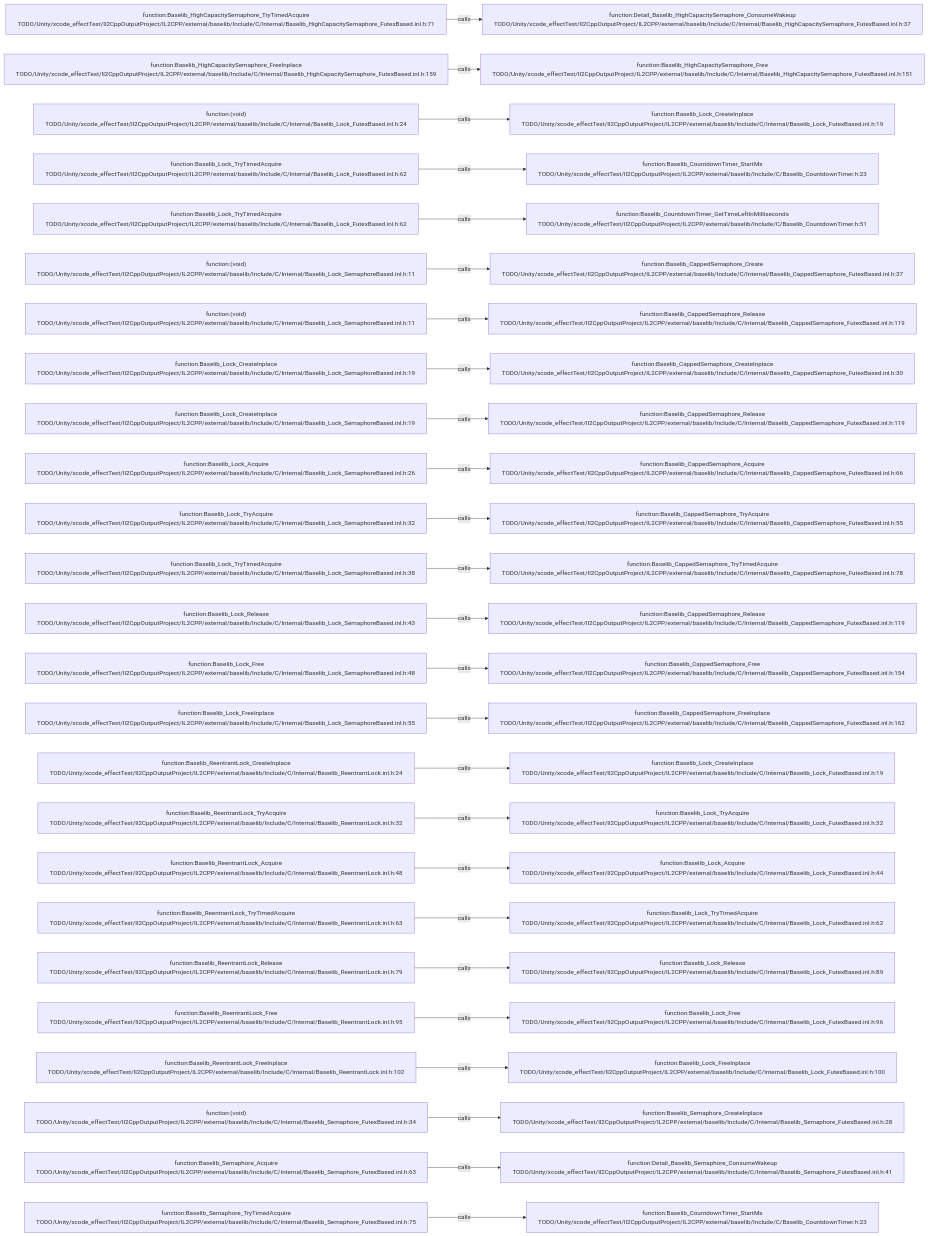
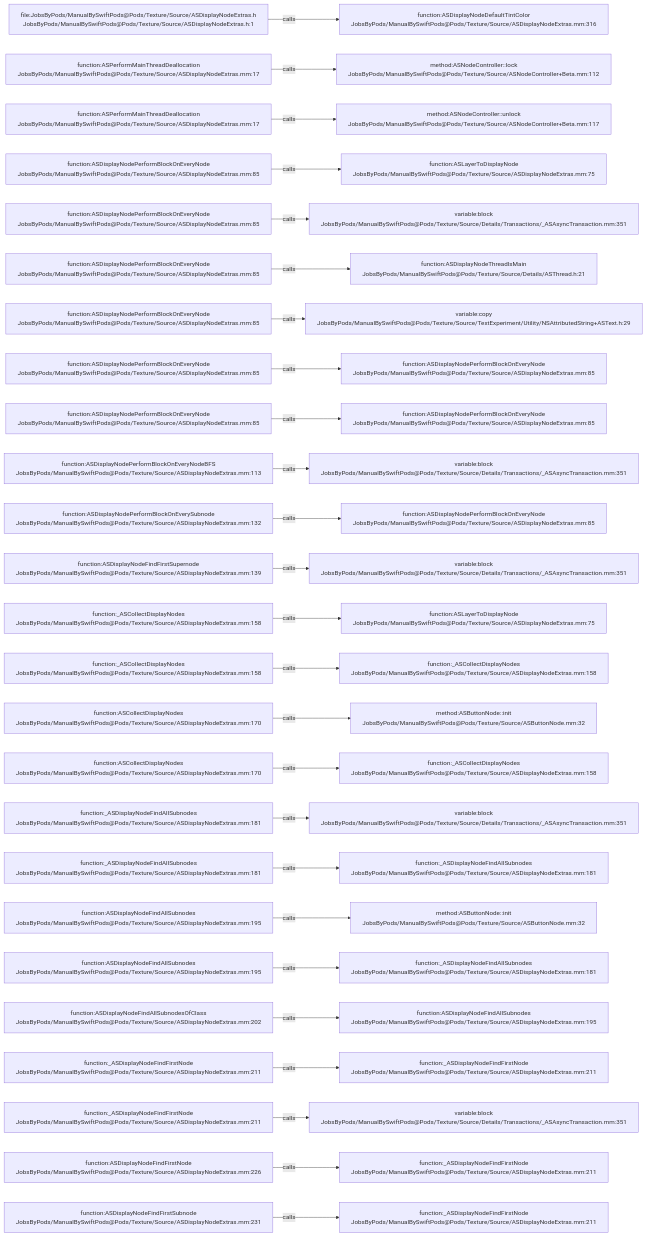
Before and after one commit to JobsKits/JobsSwiftBaseConfigDemo: the diagram in .codegraph/codegraph.md/graphs/calls-057.md, drawn with Mermaid. The commit also changed 2959 other files, not shown here.

````diff
--- a/.codegraph/codegraph.md/graphs/calls-057.md
+++ b/.codegraph/codegraph.md/graphs/calls-057.md
@@ -13,78 +13,78 @@
 ```mermaid
 flowchart LR
-  S1["function:Baselib_HighCapacitySemaphore_TryTimedAcquire<br/>TODO/Unity/xcode_effectTest/Il2CppOutputProject/IL2CPP/external/baselib/Include/C/Internal/Baselib_HighCapacitySemaphore_FutexBased.inl.h:71"]
-  T1["function:Detail_Baselib_HighCapacitySemaphore_ConsumeWakeup<br/>TODO/Unity/xcode_effectTest/Il2CppOutputProject/IL2CPP/external/baselib/Include/C/Internal/Baselib_HighCapacitySemaphore_FutexBased.inl.h:37"]
+  S1["file:JobsByPods/ManualBySwiftPods@Pods/Texture/Source/ASDisplayNodeExtras.h<br/>JobsByPods/ManualBySwiftPods@Pods/Texture/Source/ASDisplayNodeExtras.h:1"]
+  T1["function:ASDisplayNodeDefaultTintColor<br/>JobsByPods/ManualBySwiftPods@Pods/Texture/Source/ASDisplayNodeExtras.mm:316"]
   S1 -->|calls| T1
-  S2["function:Baselib_HighCapacitySemaphore_FreeInplace<br/>TODO/Unity/xcode_effectTest/Il2CppOutputProject/IL2CPP/external/baselib/Include/C/Internal/Baselib_HighCapacitySemaphore_FutexBased.inl.h:159"]
-  T2["function:Baselib_HighCapacitySemaphore_Free<br/>TODO/Unity/xcode_effectTest/Il2CppOutputProject/IL2CPP/external/baselib/Include/C/Internal/Baselib_HighCapacitySemaphore_FutexBased.inl.h:151"]
+  S2["function:ASPerformMainThreadDeallocation<br/>JobsByPods/ManualBySwiftPods@Pods/Texture/Source/ASDisplayNodeExtras.mm:17"]
+  T2["method:ASNodeController::lock<br/>JobsByPods/ManualBySwiftPods@Pods/Texture/Source/ASNodeController+Beta.mm:112"]
   S2 -->|calls| T2
-  S3["function:(void)<br/>TODO/Unity/xcode_effectTest/Il2CppOutputProject/IL2CPP/external/baselib/Include/C/Internal/Baselib_Lock_FutexBased.inl.h:24"]
-  T3["function:Baselib_Lock_CreateInplace<br/>TODO/Unity/xcode_effectTest/Il2CppOutputProject/IL2CPP/external/baselib/Include/C/Internal/Baselib_Lock_FutexBased.inl.h:19"]
+  S3["function:ASPerformMainThreadDeallocation<br/>JobsByPods/ManualBySwiftPods@Pods/Texture/Source/ASDisplayNodeExtras.mm:17"]
+  T3["method:ASNodeController::unlock<br/>JobsByPods/ManualBySwiftPods@Pods/Texture/Source/ASNodeController+Beta.mm:117"]
   S3 -->|calls| T3
-  S4["function:Baselib_Lock_TryTimedAcquire<br/>TODO/Unity/xcode_effectTest/Il2CppOutputProject/IL2CPP/external/baselib/Include/C/Internal/Baselib_Lock_FutexBased.inl.h:62"]
-  T4["function:Baselib_CountdownTimer_StartMs<br/>TODO/Unity/xcode_effectTest/Il2CppOutputProject/IL2CPP/external/baselib/Include/C/Baselib_CountdownTimer.h:23"]
+  S4["function:ASDisplayNodePerformBlockOnEveryNode<br/>JobsByPods/ManualBySwiftPods@Pods/Texture/Source/ASDisplayNodeExtras.mm:85"]
+  T4["function:ASLayerToDisplayNode<br/>JobsByPods/ManualBySwiftPods@Pods/Texture/Source/ASDisplayNodeExtras.mm:75"]
   S4 -->|calls| T4
-  S5["function:Baselib_Lock_TryTimedAcquire<br/>TODO/Unity/xcode_effectTest/Il2CppOutputProject/IL2CPP/external/baselib/Include/C/Internal/Baselib_Lock_FutexBased.inl.h:62"]
-  T5["function:Baselib_CountdownTimer_GetTimeLeftInMilliseconds<br/>TODO/Unity/xcode_effectTest/Il2CppOutputProject/IL2CPP/external/baselib/Include/C/Baselib_CountdownTimer.h:51"]
+  S5["function:ASDisplayNodePerformBlockOnEveryNode<br/>JobsByPods/ManualBySwiftPods@Pods/Texture/Source/ASDisplayNodeExtras.mm:85"]
+  T5["variable:block<br/>JobsByPods/ManualBySwiftPods@Pods/Texture/Source/Details/Transactions/_ASAsyncTransaction.mm:351"]
   S5 -->|calls| T5
-  S6["function:(void)<br/>TODO/Unity/xcode_effectTest/Il2CppOutputProject/IL2CPP/external/baselib/Include/C/Internal/Baselib_Lock_SemaphoreBased.inl.h:11"]
-  T6["function:Baselib_CappedSemaphore_Create<br/>TODO/Unity/xcode_effectTest/Il2CppOutputProject/IL2CPP/external/baselib/Include/C/Internal/Baselib_CappedSemaphore_FutexBased.inl.h:37"]
+  S6["function:ASDisplayNodePerformBlockOnEveryNode<br/>JobsByPods/ManualBySwiftPods@Pods/Texture/Source/ASDisplayNodeExtras.mm:85"]
+  T6["function:ASDisplayNodeThreadIsMain<br/>JobsByPods/ManualBySwiftPods@Pods/Texture/Source/Details/ASThread.h:21"]
   S6 -->|calls| T6
-  S7["function:(void)<br/>TODO/Unity/xcode_effectTest/Il2CppOutputProject/IL2CPP/external/baselib/Include/C/Internal/Baselib_Lock_SemaphoreBased.inl.h:11"]
-  T7["function:Baselib_CappedSemaphore_Release<br/>TODO/Unity/xcode_effectTest/Il2CppOutputProject/IL2CPP/external/baselib/Include/C/Internal/Baselib_CappedSemaphore_FutexBased.inl.h:119"]
+  S7["function:ASDisplayNodePerformBlockOnEveryNode<br/>JobsByPods/ManualBySwiftPods@Pods/Texture/Source/ASDisplayNodeExtras.mm:85"]
+  T7["variable:copy<br/>JobsByPods/ManualBySwiftPods@Pods/Texture/Source/TextExperiment/Utility/NSAttributedString+ASText.h:29"]
   S7 -->|calls| T7
-  S8["function:Baselib_Lock_CreateInplace<br/>TODO/Unity/xcode_effectTest/Il2CppOutputProject/IL2CPP/external/baselib/Include/C/Internal/Baselib_Lock_SemaphoreBased.inl.h:19"]
-  T8["function:Baselib_CappedSemaphore_CreateInplace<br/>TODO/Unity/xcode_effectTest/Il2CppOutputProject/IL2CPP/external/baselib/Include/C/Internal/Baselib_CappedSemaphore_FutexBased.inl.h:30"]
+  S8["function:ASDisplayNodePerformBlockOnEveryNode<br/>JobsByPods/ManualBySwiftPods@Pods/Texture/Source/ASDisplayNodeExtras.mm:85"]
+  T8["function:ASDisplayNodePerformBlockOnEveryNode<br/>JobsByPods/ManualBySwiftPods@Pods/Texture/Source/ASDisplayNodeExtras.mm:85"]
   S8 -->|calls| T8
-  S9["function:Baselib_Lock_CreateInplace<br/>TODO/Unity/xcode_effectTest/Il2CppOutputProject/IL2CPP/external/baselib/Include/C/Internal/Baselib_Lock_SemaphoreBased.inl.h:19"]
-  T9["function:Baselib_CappedSemaphore_Release<br/>TODO/Unity/xcode_effectTest/Il2CppOutputProject/IL2CPP/external/baselib/Include/C/Internal/Baselib_CappedSemaphore_FutexBased.inl.h:119"]
+  S9["function:ASDisplayNodePerformBlockOnEveryNode<br/>JobsByPods/ManualBySwiftPods@Pods/Texture/Source/ASDisplayNodeExtras.mm:85"]
+  T9["function:ASDisplayNodePerformBlockOnEveryNode<br/>JobsByPods/ManualBySwiftPods@Pods/Texture/Source/ASDisplayNodeExtras.mm:85"]
   S9 -->|calls| T9
-  S10["function:Baselib_Lock_Acquire<br/>TODO/Unity/xcode_effectTest/Il2CppOutputProject/IL2CPP/external/baselib/Include/C/Internal/Baselib_Lock_SemaphoreBased.inl.h:26"]
-  T10["function:Baselib_CappedSemaphore_Acquire<br/>TODO/Unity/xcode_effectTest/Il2CppOutputProject/IL2CPP/external/baselib/Include/C/Internal/Baselib_CappedSemaphore_FutexBased.inl.h:66"]
+  S10["function:ASDisplayNodePerformBlockOnEveryNodeBFS<br/>JobsByPods/ManualBySwiftPods@Pods/Texture/Source/ASDisplayNodeExtras.mm:113"]
+  T10["variable:block<br/>JobsByPods/ManualBySwiftPods@Pods/Texture/Source/Details/Transactions/_ASAsyncTransaction.mm:351"]
   S10 -->|calls| T10
-  S11["function:Baselib_Lock_TryAcquire<br/>TODO/Unity/xcode_effectTest/Il2CppOutputProject/IL2CPP/external/baselib/Include/C/Internal/Baselib_Lock_SemaphoreBased.inl.h:32"]
-  T11["function:Baselib_CappedSemaphore_TryAcquire<br/>TODO/Unity/xcode_effectTest/Il2CppOutputProject/IL2CPP/external/baselib/Include/C/Internal/Baselib_CappedSemaphore_FutexBased.inl.h:55"]
+  S11["function:ASDisplayNodePerformBlockOnEverySubnode<br/>JobsByPods/ManualBySwiftPods@Pods/Texture/Source/ASDisplayNodeExtras.mm:132"]
+  T11["function:ASDisplayNodePerformBlockOnEveryNode<br/>JobsByPods/ManualBySwiftPods@Pods/Texture/Source/ASDisplayNodeExtras.mm:85"]
   S11 -->|calls| T11
-  S12["function:Baselib_Lock_TryTimedAcquire<br/>TODO/Unity/xcode_effectTest/Il2CppOutputProject/IL2CPP/external/baselib/Include/C/Internal/Baselib_Lock_SemaphoreBased.inl.h:38"]
-  T12["function:Baselib_CappedSemaphore_TryTimedAcquire<br/>TODO/Unity/xcode_effectTest/Il2CppOutputProject/IL2CPP/external/baselib/Include/C/Internal/Baselib_CappedSemaphore_FutexBased.inl.h:78"]
+  S12["function:ASDisplayNodeFindFirstSupernode<br/>JobsByPods/ManualBySwiftPods@Pods/Texture/Source/ASDisplayNodeExtras.mm:139"]
+  T12["variable:block<br/>JobsByPods/ManualBySwiftPods@Pods/Texture/Source/Details/Transactions/_ASAsyncTransaction.mm:351"]
   S12 -->|calls| T12
-  S13["function:Baselib_Lock_Release<br/>TODO/Unity/xcode_effectTest/Il2CppOutputProject/IL2CPP/external/baselib/Include/C/Internal/Baselib_Lock_SemaphoreBased.inl.h:43"]
-  T13["function:Baselib_CappedSemaphore_Release<br/>TODO/Unity/xcode_effectTest/Il2CppOutputProject/IL2CPP/external/baselib/Include/C/Internal/Baselib_CappedSemaphore_FutexBased.inl.h:119"]
+  S13["function:_ASCollectDisplayNodes<br/>JobsByPods/ManualBySwiftPods@Pods/Texture/Source/ASDisplayNodeExtras.mm:158"]
+  T13["function:ASLayerToDisplayNode<br/>JobsByPods/ManualBySwiftPods@Pods/Texture/Source/ASDisplayNodeExtras.mm:75"]
   S13 -->|calls| T13
-  S14["function:Baselib_Lock_Free<br/>TODO/Unity/xcode_effectTest/Il2CppOutputProject/IL2CPP/external/baselib/Include/C/Internal/Baselib_Lock_SemaphoreBased.inl.h:48"]
-  T14["function:Baselib_CappedSemaphore_Free<br/>TODO/Unity/xcode_effectTest/Il2CppOutputProject/IL2CPP/external/baselib/Include/C/Internal/Baselib_CappedSemaphore_FutexBased.inl.h:154"]
+  S14["function:_ASCollectDisplayNodes<br/>JobsByPods/ManualBySwiftPods@Pods/Texture/Source/ASDisplayNodeExtras.mm:158"]
+  T14["function:_ASCollectDisplayNodes<br/>JobsByPods/ManualBySwiftPods@Pods/Texture/Source/ASDisplayNodeExtras.mm:158"]
   S14 -->|calls| T14
-  S15["function:Baselib_Lock_FreeInplace<br/>TODO/Unity/xcode_effectTest/Il2CppOutputProject/IL2CPP/external/baselib/Include/C/Internal/Baselib_Lock_SemaphoreBased.inl.h:55"]
-  T15["function:Baselib_CappedSemaphore_FreeInplace<br/>TODO/Unity/xcode_effectTest/Il2CppOutputProject/IL2CPP/external/baselib/Include/C/Internal/Baselib_CappedSemaphore_FutexBased.inl.h:162"]
+  S15["function:ASCollectDisplayNodes<br/>JobsByPods/ManualBySwiftPods@Pods/Texture/Source/ASDisplayNodeExtras.mm:170"]
+  T15["method:ASButtonNode::init<br/>JobsByPods/ManualBySwiftPods@Pods/Texture/Source/ASButtonNode.mm:32"]
   S15 -->|calls| T15
-  S16["function:Baselib_ReentrantLock_CreateInplace<br/>TODO/Unity/xcode_effectTest/Il2CppOutputProject/IL2CPP/external/baselib/Include/C/Internal/Baselib_ReentrantLock.inl.h:24"]
-  T16["function:Baselib_Lock_CreateInplace<br/>TODO/Unity/xcode_effectTest/Il2CppOutputProject/IL2CPP/external/baselib/Include/C/Internal/Baselib_Lock_FutexBased.inl.h:19"]
+  S16["function:ASCollectDisplayNodes<br/>JobsByPods/ManualBySwiftPods@Pods/Texture/Source/ASDisplayNodeExtras.mm:170"]
+  T16["function:_ASCollectDisplayNodes<br/>JobsByPods/ManualBySwiftPods@Pods/Texture/Source/ASDisplayNodeExtras.mm:158"]
   S16 -->|calls| T16
-  S17["function:Baselib_ReentrantLock_TryAcquire<br/>TODO/Unity/xcode_effectTest/Il2CppOutputProject/IL2CPP/external/baselib/Include/C/Internal/Baselib_ReentrantLock.inl.h:32"]
-  T17["function:Baselib_Lock_TryAcquire<br/>TODO/Unity/xcode_effectTest/Il2CppOutputProject/IL2CPP/external/baselib/Include/C/Internal/Baselib_Lock_FutexBased.inl.h:32"]
+  S17["function:_ASDisplayNodeFindAllSubnodes<br/>JobsByPods/ManualBySwiftPods@Pods/Texture/Source/ASDisplayNodeExtras.mm:181"]
+  T17["variable:block<br/>JobsByPods/ManualBySwiftPods@Pods/Texture/Source/Details/Transactions/_ASAsyncTransaction.mm:351"]
   S17 -->|calls| T17
-  S18["function:Baselib_ReentrantLock_Acquire<br/>TODO/Unity/xcode_effectTest/Il2CppOutputProject/IL2CPP/external/baselib/Include/C/Internal/Baselib_ReentrantLock.inl.h:48"]
-  T18["function:Baselib_Lock_Acquire<br/>TODO/Unity/xcode_effectTest/Il2CppOutputProject/IL2CPP/external/baselib/Include/C/Internal/Baselib_Lock_FutexBased.inl.h:44"]
+  S18["function:_ASDisplayNodeFindAllSubnodes<br/>JobsByPods/ManualBySwiftPods@Pods/Texture/Source/ASDisplayNodeExtras.mm:181"]
+  T18["function:_ASDisplayNodeFindAllSubnodes<br/>JobsByPods/ManualBySwiftPods@Pods/Texture/Source/ASDisplayNodeExtras.mm:181"]
   S18 -->|calls| T18
-  S19["function:Baselib_ReentrantLock_TryTimedAcquire<br/>TODO/Unity/xcode_effectTest/Il2CppOutputProject/IL2CPP/external/baselib/Include/C/Internal/Baselib_ReentrantLock.inl.h:63"]
-  T19["function:Baselib_Lock_TryTimedAcquire<br/>TODO/Unity/xcode_effectTest/Il2CppOutputProject/IL2CPP/external/baselib/Include/C/Internal/Baselib_Lock_FutexBased.inl.h:62"]
+  S19["function:ASDisplayNodeFindAllSubnodes<br/>JobsByPods/ManualBySwiftPods@Pods/Texture/Source/ASDisplayNodeExtras.mm:195"]
+  T19["method:ASButtonNode::init<br/>JobsByPods/ManualBySwiftPods@Pods/Texture/Source/ASButtonNode.mm:32"]
   S19 -->|calls| T19
-  S20["function:Baselib_ReentrantLock_Release<br/>TODO/Unity/xcode_effectTest/Il2CppOutputProject/IL2CPP/external/baselib/Include/C/Internal/Baselib_ReentrantLock.inl.h:79"]
-  T20["function:Baselib_Lock_Release<br/>TODO/Unity/xcode_effectTest/Il2CppOutputProject/IL2CPP/external/baselib/Include/C/Internal/Baselib_Lock_FutexBased.inl.h:89"]
+  S20["function:ASDisplayNodeFindAllSubnodes<br/>JobsByPods/ManualBySwiftPods@Pods/Texture/Source/ASDisplayNodeExtras.mm:195"]
+  T20["function:_ASDisplayNodeFindAllSubnodes<br/>JobsByPods/ManualBySwiftPods@Pods/Texture/Source/ASDisplayNodeExtras.mm:181"]
   S20 -->|calls| T20
-  S21["function:Baselib_ReentrantLock_Free<br/>TODO/Unity/xcode_effectTest/Il2CppOutputProject/IL2CPP/external/baselib/Include/C/Internal/Baselib_ReentrantLock.inl.h:95"]
-  T21["function:Baselib_Lock_Free<br/>TODO/Unity/xcode_effectTest/Il2CppOutputProject/IL2CPP/external/baselib/Include/C/Internal/Baselib_Lock_FutexBased.inl.h:96"]
+  S21["function:ASDisplayNodeFindAllSubnodesOfClass<br/>JobsByPods/ManualBySwiftPods@Pods/Texture/Source/ASDisplayNodeExtras.mm:202"]
+  T21["function:ASDisplayNodeFindAllSubnodes<br/>JobsByPods/ManualBySwiftPods@Pods/Texture/Source/ASDisplayNodeExtras.mm:195"]
   S21 -->|calls| T21
-  S22["function:Baselib_ReentrantLock_FreeInplace<br/>TODO/Unity/xcode_effectTest/Il2CppOutputProject/IL2CPP/external/baselib/Include/C/Internal/Baselib_ReentrantLock.inl.h:102"]
-  T22["function:Baselib_Lock_FreeInplace<br/>TODO/Unity/xcode_effectTest/Il2CppOutputProject/IL2CPP/external/baselib/Include/C/Internal/Baselib_Lock_FutexBased.inl.h:100"]
+  S22["function:_ASDisplayNodeFindFirstNode<br/>JobsByPods/ManualBySwiftPods@Pods/Texture/Source/ASDisplayNodeExtras.mm:211"]
+  T22["function:_ASDisplayNodeFindFirstNode<br/>JobsByPods/ManualBySwiftPods@Pods/Texture/Source/ASDisplayNodeExtras.mm:211"]
   S22 -->|calls| T22
-  S23["function:(void)<br/>TODO/Unity/xcode_effectTest/Il2CppOutputProject/IL2CPP/external/baselib/Include/C/Internal/Baselib_Semaphore_FutexBased.inl.h:34"]
-  T23["function:Baselib_Semaphore_CreateInplace<br/>TODO/Unity/xcode_effectTest/Il2CppOutputProject/IL2CPP/external/baselib/Include/C/Internal/Baselib_Semaphore_FutexBased.inl.h:28"]
+  S23["function:_ASDisplayNodeFindFirstNode<br/>JobsByPods/ManualBySwiftPods@Pods/Texture/Source/ASDisplayNodeExtras.mm:211"]
+  T23["variable:block<br/>JobsByPods/ManualBySwiftPods@Pods/Texture/Source/Details/Transactions/_ASAsyncTransaction.mm:351"]
   S23 -->|calls| T23
-  S24["function:Baselib_Semaphore_Acquire<br/>TODO/Unity/xcode_effectTest/Il2CppOutputProject/IL2CPP/external/baselib/Include/C/Internal/Baselib_Semaphore_FutexBased.inl.h:63"]
-  T24["function:Detail_Baselib_Semaphore_ConsumeWakeup<br/>TODO/Unity/xcode_effectTest/Il2CppOutputProject/IL2CPP/external/baselib/Include/C/Internal/Baselib_Semaphore_FutexBased.inl.h:41"]
+  S24["function:ASDisplayNodeFindFirstNode<br/>JobsByPods/ManualBySwiftPods@Pods/Texture/Source/ASDisplayNodeExtras.mm:226"]
+  T24["function:_ASDisplayNodeFindFirstNode<br/>JobsByPods/ManualBySwiftPods@Pods/Texture/Source/ASDisplayNodeExtras.mm:211"]
   S24 -->|calls| T24
-  S25["function:Baselib_Semaphore_TryTimedAcquire<br/>TODO/Unity/xcode_effectTest/Il2CppOutputProject/IL2CPP/external/baselib/Include/C/Internal/Baselib_Semaphore_FutexBased.inl.h:75"]
-  T25["function:Baselib_CountdownTimer_StartMs<br/>TODO/Unity/xcode_effectTest/Il2CppOutputProject/IL2CPP/external/baselib/Include/C/Baselib_CountdownTimer.h:23"]
+  S25["function:ASDisplayNodeFindFirstSubnode<br/>JobsByPods/ManualBySwiftPods@Pods/Texture/Source/ASDisplayNodeExtras.mm:231"]
+  T25["function:_ASDisplayNodeFindFirstNode<br/>JobsByPods/ManualBySwiftPods@Pods/Texture/Source/ASDisplayNodeExtras.mm:211"]
   S25 -->|calls| T25
 ```
````
